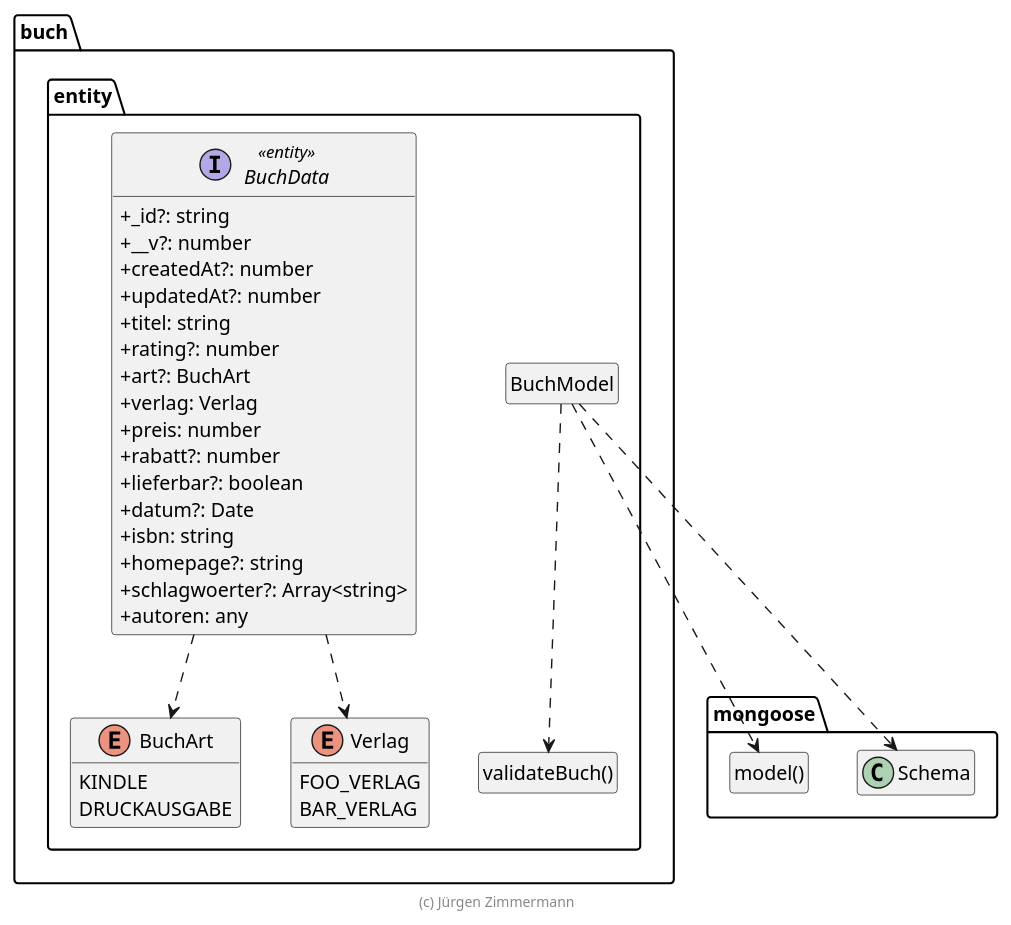
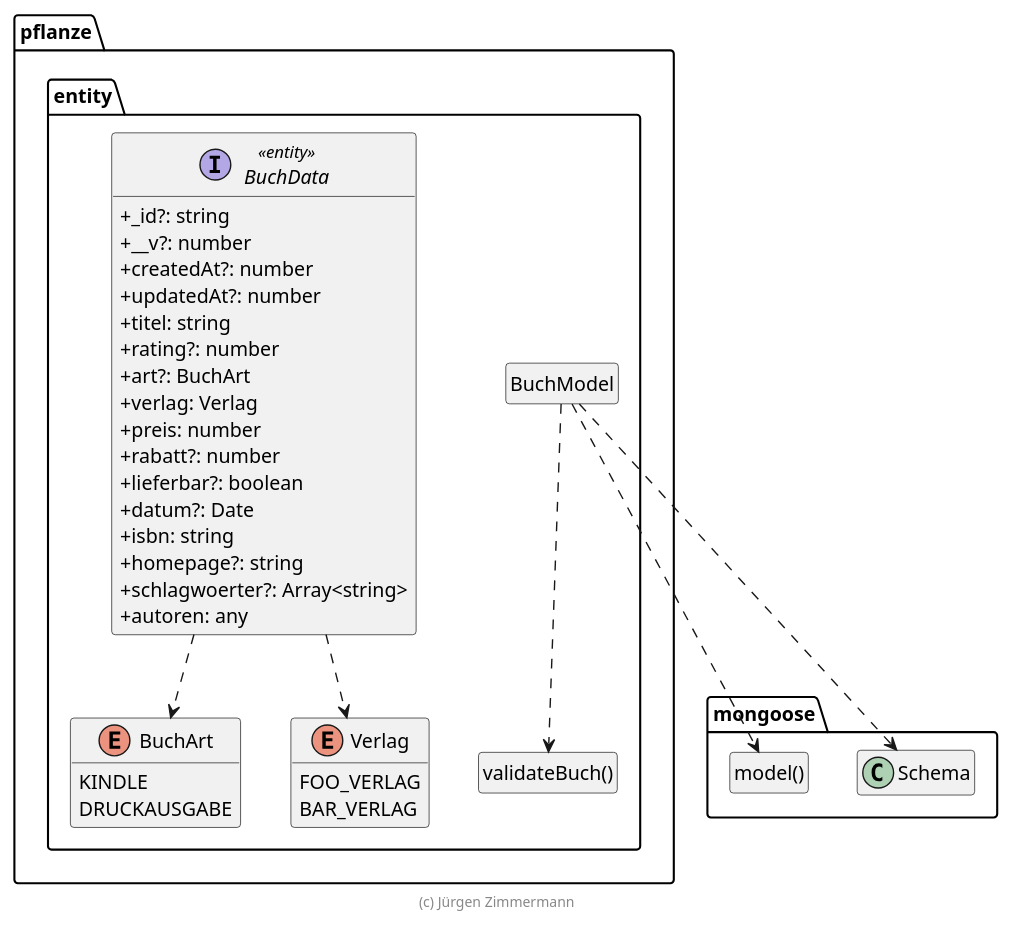
Before and after one commit to Lasse0708/plantproject: the diagram in doc/entwicklerhandbuch/Buch.puml, drawn with PlantUML. The commit also changed 30 other files, not shown here.

```diff
--- a/doc/entwicklerhandbuch/Buch.puml
+++ b/doc/entwicklerhandbuch/Buch.puml
@@ -15,62 +15,62 @@
 @startuml Anwendungskern
 
 !pragma useNewPackage
 skinparam classAttributeIconSize 0
 skinparam componentStyle uml2
 
 package mongoose {
   class Schema
 
   class "model()" as model
   hide model circle
 }
 
-package buch.entity {
+package pflanze.entity {
   class "validateBuch()" as validateBuch
   hide validateBuch circle
 
   class BuchModel
   hide BuchModel circle
 
   BuchModel ..> Schema
   BuchModel ..> model
   BuchModel ..> validateBuch
 
   BuchData ..> BuchArt
   BuchData ..> Verlag
 
   enum BuchArt {
     KINDLE
     DRUCKAUSGABE
   }
 
   enum Verlag {
     FOO_VERLAG
     BAR_VERLAG
   }
 
   interface BuchData <<entity>> {
     + _id?: string
     + __v?: number
     + createdAt?: number
     + updatedAt?: number
     + titel: string
     + rating?: number
     + art?: BuchArt
     + verlag: Verlag
     + preis: number
     + rabatt?: number
     + lieferbar?: boolean
     + datum?: Date
     + isbn: string
     + homepage?: string
     + schlagwoerter?: Array<string>
     + autoren: any
   }
 }
 
 hide empty members
 
 footer (c) Jürgen Zimmermann
 
 @enduml
```
